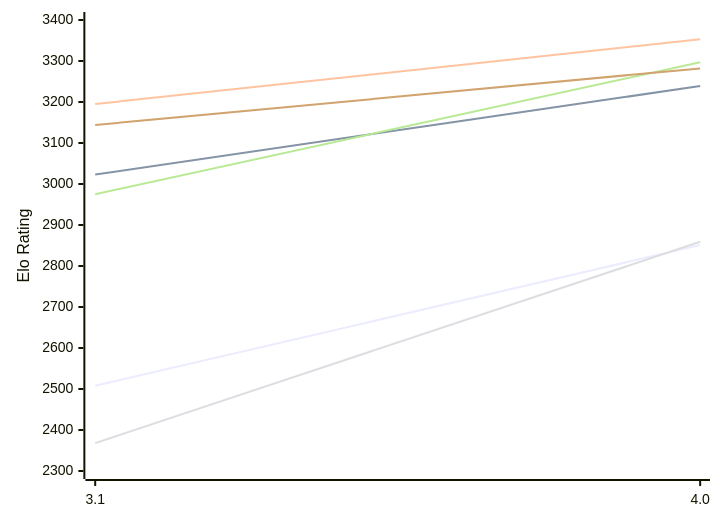
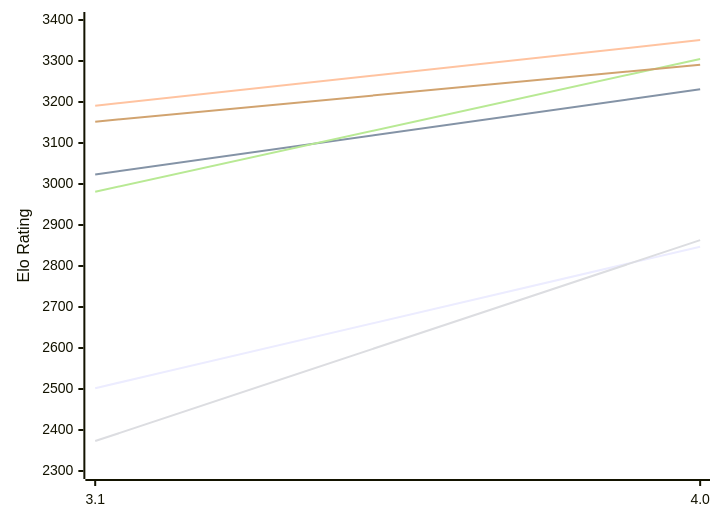
Before and after one commit to computer-chess-index/cci: the first of 2 diagrams in engines/Sykora.md, drawn with Mermaid. The commit also changed other lines of this file, not shown here.

Commit message:
Update CCI Ratings (ELO VLTC) - 2026-11-18

````diff
--- a/engines/Sykora.md
+++ b/engines/Sykora.md
@@ -53,12 +53,12 @@
 ```mermaid
 %%{init: {"theme":"base","themeVariables":{"seriesColors:['#a3a3a3','#222221','#faa371']}}}%%
 xychart-beta
   x-axis ["3.1", "4.0"]
   y-axis "Elo Rating" 2300 --> 3400
-  line "E1: STC (8.0+0.08s)" [2508, 2851]
-  line "E1: LTC (60.0+0.60s)" [3023, 3239]
-  line "E1: VLTC (2m24s+1.12s)" [3195, 3353]
-  line "P1: STC (8.0+0.08s)" [2368, 2859]
-  line "P1: LTC (60.0+0.60s)" [2975, 3297]
-  line "P1: VLTC (2m24s+1.12s)" [3144, 3282]
+  line "E1: STC (8.0+0.08s)" [2502, 2847]
+  line "E1: LTC (60.0+0.60s)" [3023, 3231]
+  line "E1: VLTC (2m24s+1.12s)" [3191, 3351]
+  line "P1: STC (8.0+0.08s)" [2373, 2863]
+  line "P1: LTC (60.0+0.60s)" [2981, 3305]
+  line "P1: VLTC (2m24s+1.12s)" [3152, 3291]
 ```
````
